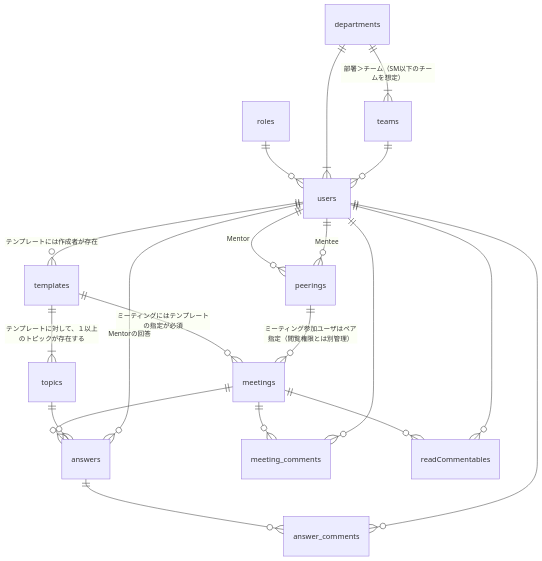
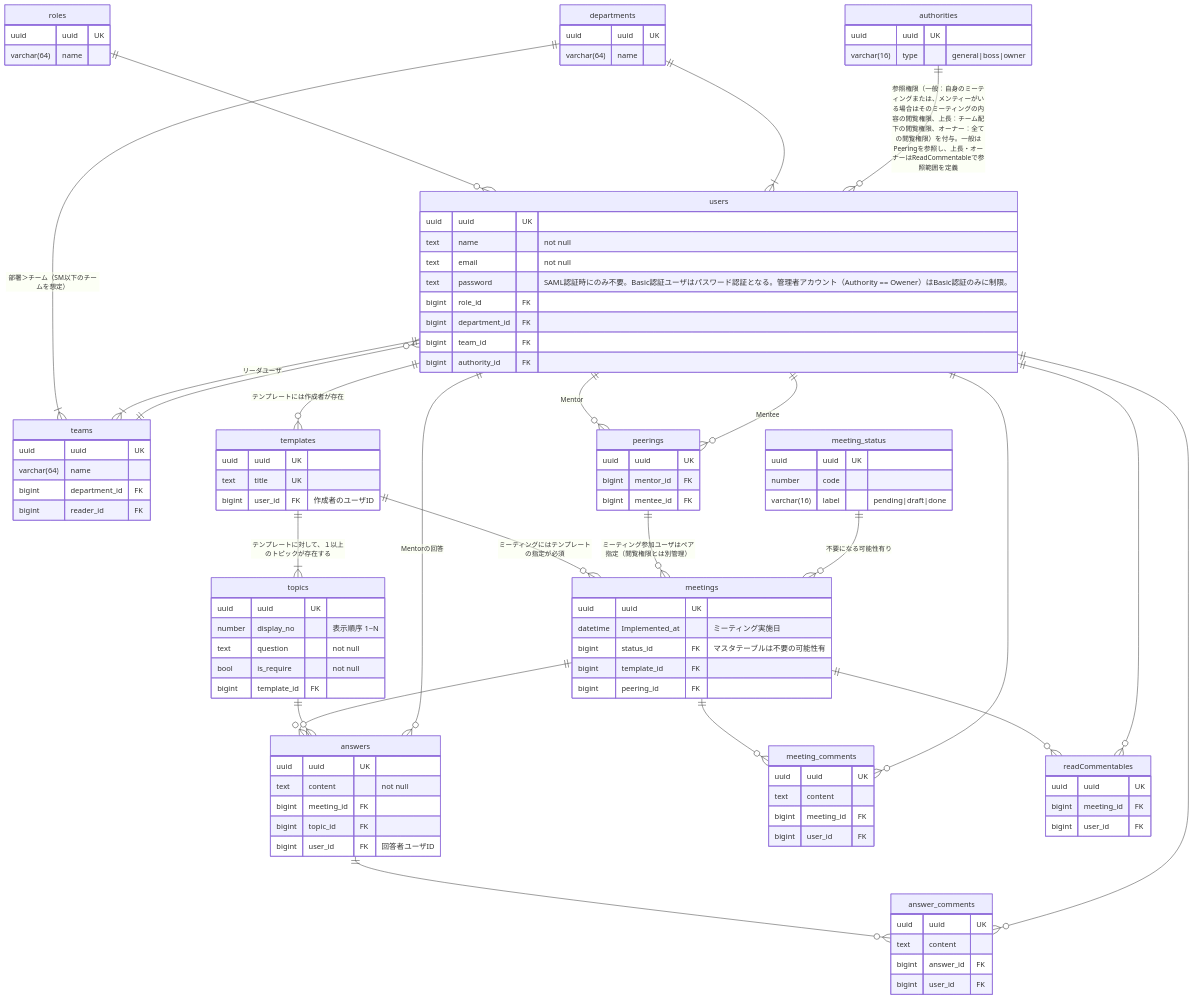
One commit to polarisbuds/growlink-origin changed the diagram in doc/model/er.md. Above: the diagram before and after it, drawn with Mermaid.

Commit message:
カラムの入力

````diff
--- a/doc/model/er.md
+++ b/doc/model/er.md
@@ -6,47 +6,134 @@
 
 %% ユーザ系
 users {
+    uuid uuid UK
+    text name "not null"
+    text email "not null"
+    text password "SAML認証時にのみ不要。Basic認証ユーザはパスワード認証となる。管理者アカウント（Authority == Owener）はBasic認証のみに制限。"
+
+    bigint role_id FK
+    bigint department_id FK
+    bigint team_id FK
+    bigint authority_id FK
 }
 roles ||--o{ users: ""
 departments ||--|{ users: ""
 teams ||--o{ users: ""
+authorities ||--o{ users: "参照権限（一般：自身のミーティングまたは、メンティーがいる場合はそのミーティングの内容の閲覧権限、上長：チーム配下の閲覧権限、オーナー：全ての閲覧権限）を付与。一般はPeeringを参照し、上長・オーナーはReadCommentableで参照範囲を定義"
 
-departments {}
-roles {}
-teams {}
+departments {
+    uuid uuid UK
+    varchar(64) name
+}
+
+roles {
+    uuid uuid UK
+    varchar(64) name
+}
+
+teams {
+    uuid uuid UK
+    varchar(64) name
+
+    bigint department_id FK
+    bigint reader_id FK
+}
 departments ||--|{ teams: "部署＞チーム（SM以下のチームを想定）"
+users ||--|{ teams: "リーダユーザ"
 
-peerings {}
+peerings {
+    uuid uuid UK
+    
+    bigint mentor_id FK
+    bigint mentee_id FK
+}
 users ||--o{ peerings: "Mentor"
 users ||--o{ peerings: "Mentee"
 
 %% ミーティング系
-meetings {}
+meetings {
+    uuid uuid UK
+    datetime Implemented_at "ミーティング実施日"
+
+    bigint status_id FK "マスタテーブルは不要の可能性有"
+    bigint template_id FK
+    bigint peering_id FK
+}
 templates ||--o{ meetings: "ミーティングにはテンプレートの指定が必須"
 peerings ||--o{ meetings: "ミーティング参加ユーザはペア指定（閲覧権限とは別管理）"
+meeting_status ||--o{ meetings: "不要になる可能性有り"
 
-templates {}
+%% ステータス done 以外では他ユーザから見られないようにする
+meeting_status {
+    uuid uuid UK
+    number code
+    varchar(16) label "pending|draft|done"
+}
+
+templates {
+    uuid uuid UK
+    text title UK
+
+    bigint user_id FK "作成者のユーザID"
+}
 users ||--o{ templates: "テンプレートには作成者が存在"
 
-topics {}
+topics {
+    uuid uuid UK
+    number display_no "表示順序 1~N"
+    text question "not null"
+    bool is_require "not null"
+
+    bigint template_id FK
+}
 templates ||--|{ topics: "テンプレートに対して、１以上のトピックが存在する"
 
-answers {}
+answers {
+    uuid uuid UK
+    text content "not null"
+
+    bigint meeting_id FK
+    bigint topic_id FK
+    bigint user_id FK "回答者ユーザID"
+}
 meetings ||--o{ answers: ""
 topics ||--o{ answers: ""
 users ||--o{ answers: "Mentorの回答"
 
-meeting_comments {}
+meeting_comments {
+    uuid uuid UK
+    text content
+
+    bigint meeting_id FK
+    bigint user_id FK
+}
 meetings ||--o{ meeting_comments: ""
 users ||--o{ meeting_comments: ""
 
-answer_comments {}
+answer_comments {
+    uuid uuid UK
+    text content
+
+    bigint answer_id FK
+    bigint user_id FK
+}
 answers ||--o{ answer_comments: ""
 users ||--o{ answer_comments: ""
 
 %% 権限系
-readCommentables {}
+%% 上長や部署長、管理者などのミーティング当事者以外からの閲覧権限を管理する（メンターはReadWriteCommentableのため別管理（Peeringテーブル管理））、一時的な閲覧権限付与なども想定。
+readCommentables {
+    uuid uuid UK
+
+    bigint meeting_id FK
+    bigint user_id FK
+}
 meetings ||--o{ readCommentables: ""
 users ||--o{ readCommentables: ""
 
+authorities {
+    uuid uuid UK
+    varchar(16) type "general|boss|owner"
+}
+
 ```
````
